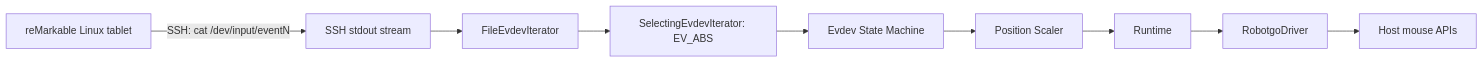
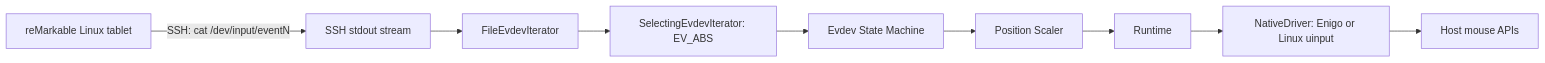
Before and after one commit to fattminer/remouseable-rerusted: the diagram in obsidian-vault/Projects/reMouseable AI Handoff.md, drawn with Mermaid. The commit also changed other lines of this file and 9 other files, not shown here.

````diff
--- a/obsidian-vault/Projects/reMouseable AI Handoff.md
+++ b/obsidian-vault/Projects/reMouseable AI Handoff.md
@@ -106,11 +112,11 @@
 ```mermaid
 flowchart LR
     Tablet["reMarkable Linux tablet"] -->|"SSH: cat /dev/input/eventN"| SSH["SSH stdout stream"]
     SSH --> Parser["FileEvdevIterator"]
     Parser --> Filter["SelectingEvdevIterator: EV_ABS"]
     Filter --> State["Evdev State Machine"]
     State --> Scale["Position Scaler"]
     Scale --> Runtime["Runtime"]
-    Runtime --> Driver["RobotgoDriver"]
+    Runtime --> Driver["NativeDriver: Enigo or Linux uinput"]
     Driver --> Host["Host mouse APIs"]
 ```
````
